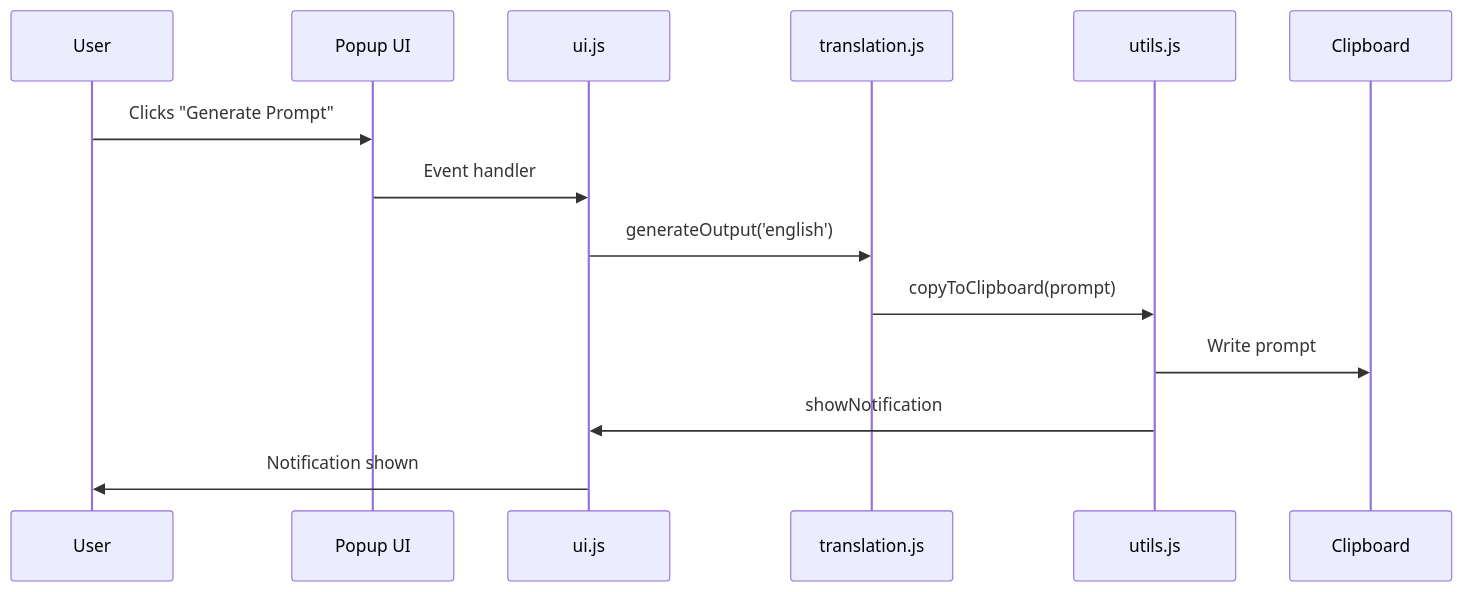
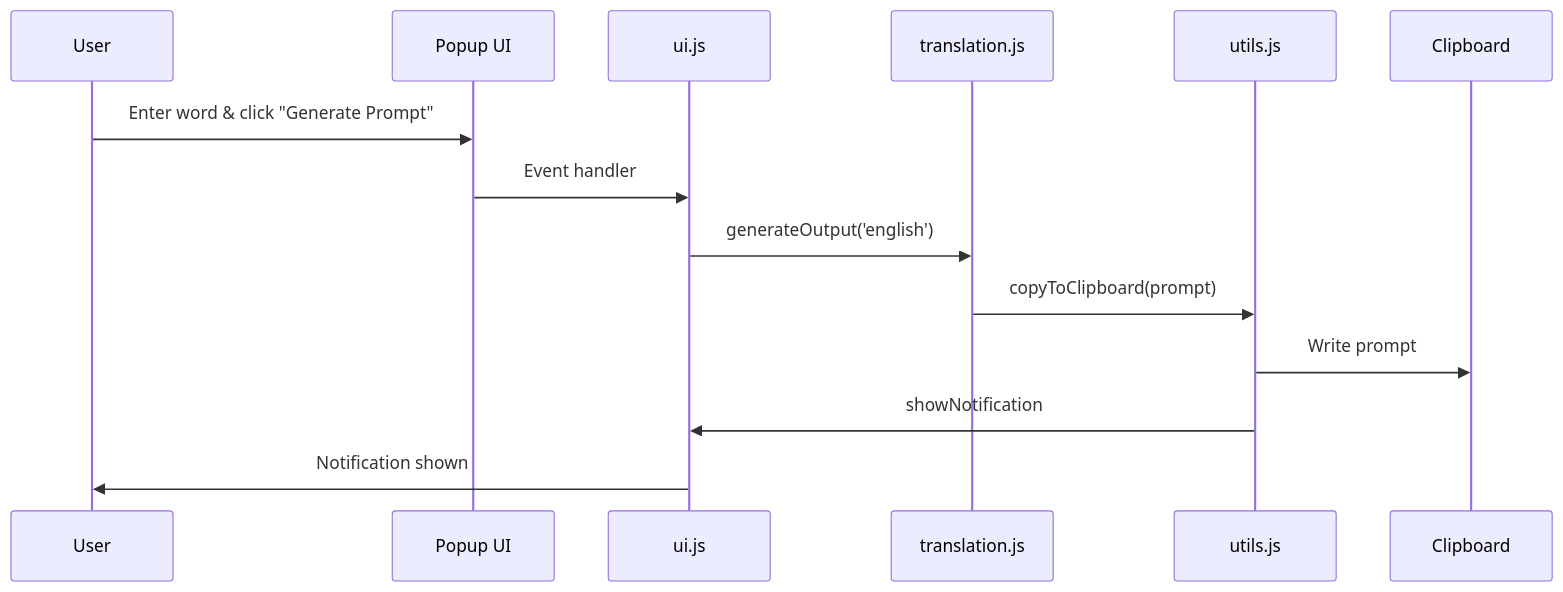
Before and after one commit to HsiehShuJeng/scott-edge-extensions: the second of 4 diagrams in README.md, drawn with Mermaid. The commit also changed other lines of this file, not shown here.

First line of the commit message:
Update sequence diagrams for translation prompt process

````diff
--- a/README.md
+++ b/README.md
@@ -136,17 +47,17 @@
 ```mermaid
 sequenceDiagram
     participant User
     participant PopupUI as Popup UI
     participant UIJS as ui.js
     participant Translation as translation.js
     participant Utils as utils.js
     participant Clipboard as Clipboard
 
-    User->>PopupUI: Clicks "Generate Prompt"
+    User->>PopupUI: Enter word & click "Generate Prompt"
     PopupUI->>UIJS: Event handler
     UIJS->>Translation: generateOutput('english')
     Translation->>Utils: copyToClipboard(prompt)
     Utils->>Clipboard: Write prompt
     Utils->>UIJS: showNotification
     UIJS->>User: Notification shown
 ```
````
